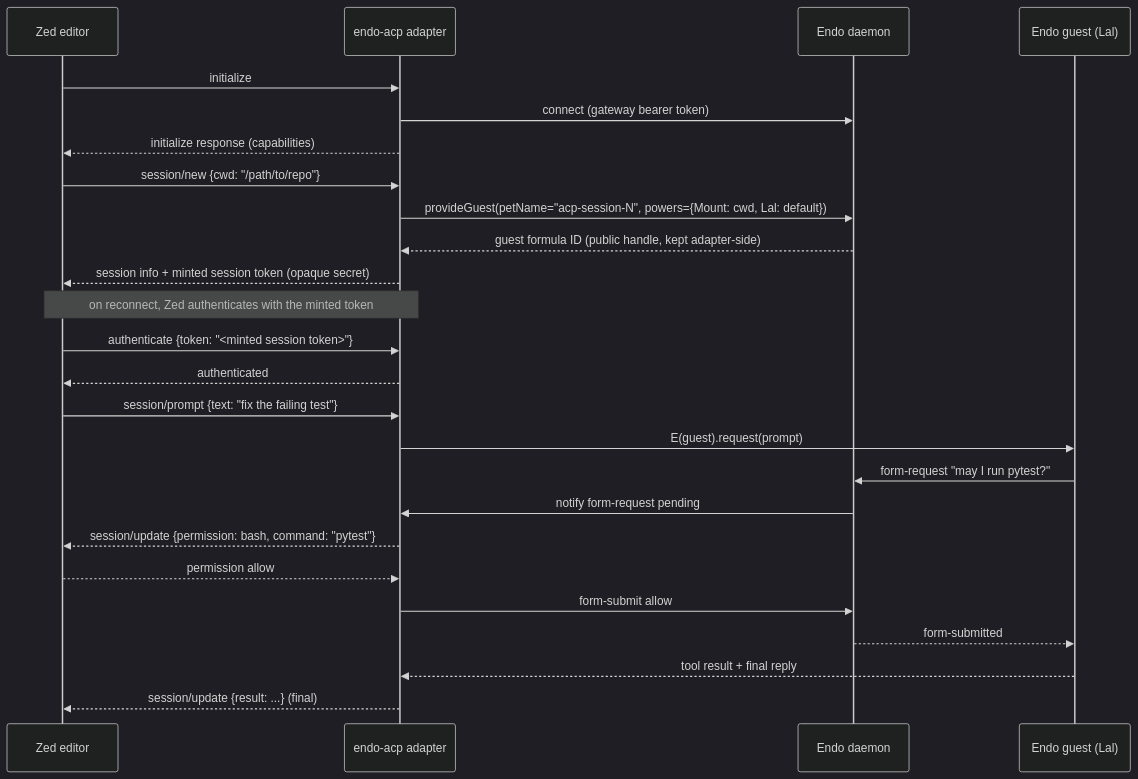
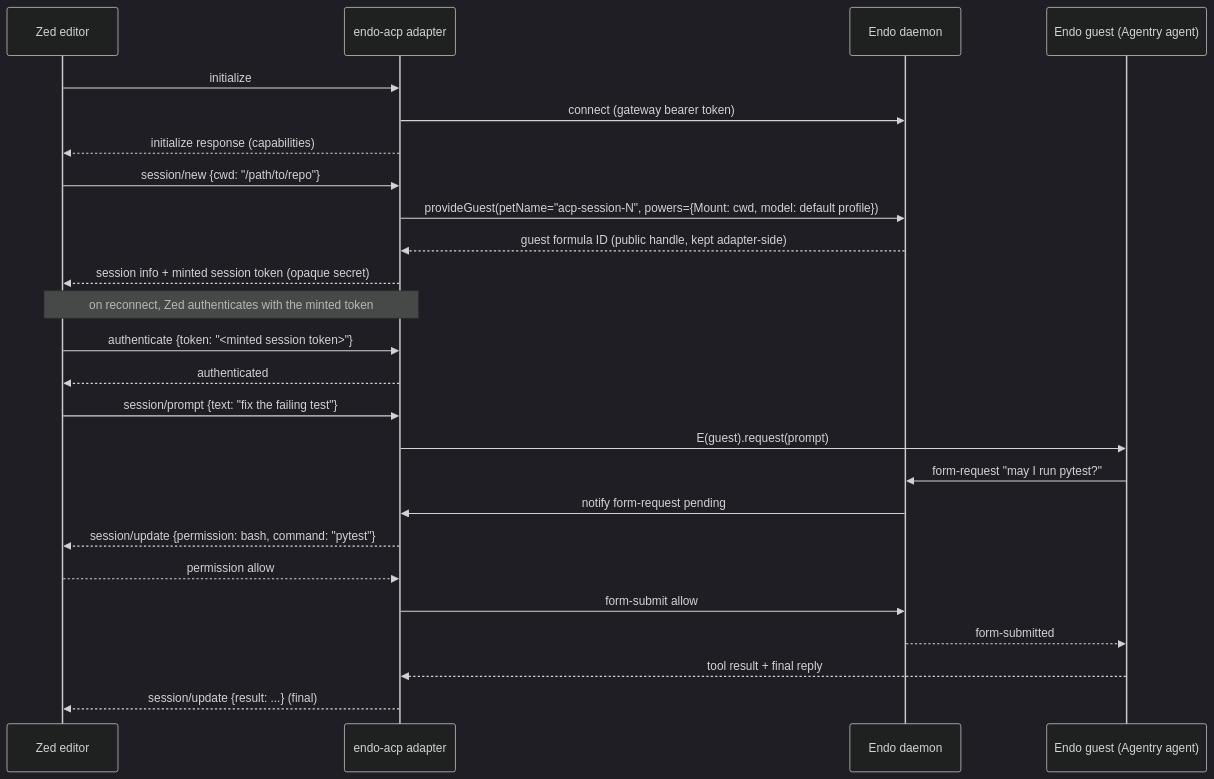
The diagram in designs/endopen-acp-server.md (endojs/endo-but-for-bots), drawn with Mermaid (dark theme) before and after one commit. The commit also changed other lines of this file and 5 other files, not shown here.

First line of the commit message:
design(endopen): interface at the Agentry boundary, not Lal

````diff
--- a/designs/endopen-acp-server.md
+++ b/designs/endopen-acp-server.md
@@ -81,31 +81,31 @@
 ```mermaid
 sequenceDiagram
     participant Zed as Zed editor
     participant Adapter as endo-acp adapter
     participant Daemon as Endo daemon
-    participant Guest as Endo guest (Lal)
+    participant Guest as Endo guest (Agentry agent)
 
     Zed->>Adapter: initialize
     Adapter->>Daemon: connect (gateway bearer token)
     Adapter-->>Zed: initialize response (capabilities)
 
     Zed->>Adapter: session/new {cwd: "/path/to/repo"}
-    Adapter->>Daemon: provideGuest(petName="acp-session-N", powers={Mount: cwd, Lal: default})
+    Adapter->>Daemon: provideGuest(petName="acp-session-N", powers={Mount: cwd, model: default profile})
     Daemon-->>Adapter: guest formula ID (public handle, kept adapter-side)
     Adapter-->>Zed: session info + minted session token (opaque secret)
 
     Note over Zed,Adapter: on reconnect, Zed authenticates with the minted token
     Zed->>Adapter: authenticate {token: "<minted session token>"}
     Adapter-->>Zed: authenticated
 
     Zed->>Adapter: session/prompt {text: "fix the failing test"}
     Adapter->>Guest: E(guest).request(prompt)
     Guest->>Daemon: form-request "may I run pytest?"
     Daemon->>Adapter: notify form-request pending
     Adapter-->>Zed: session/update {permission: bash, command: "pytest"}
     Zed-->>Adapter: permission allow
     Adapter->>Daemon: form-submit allow
     Daemon-->>Guest: form-submitted
     Guest-->>Adapter: tool result + final reply
     Adapter-->>Zed: session/update {result: ...} (final)
 ```
````
